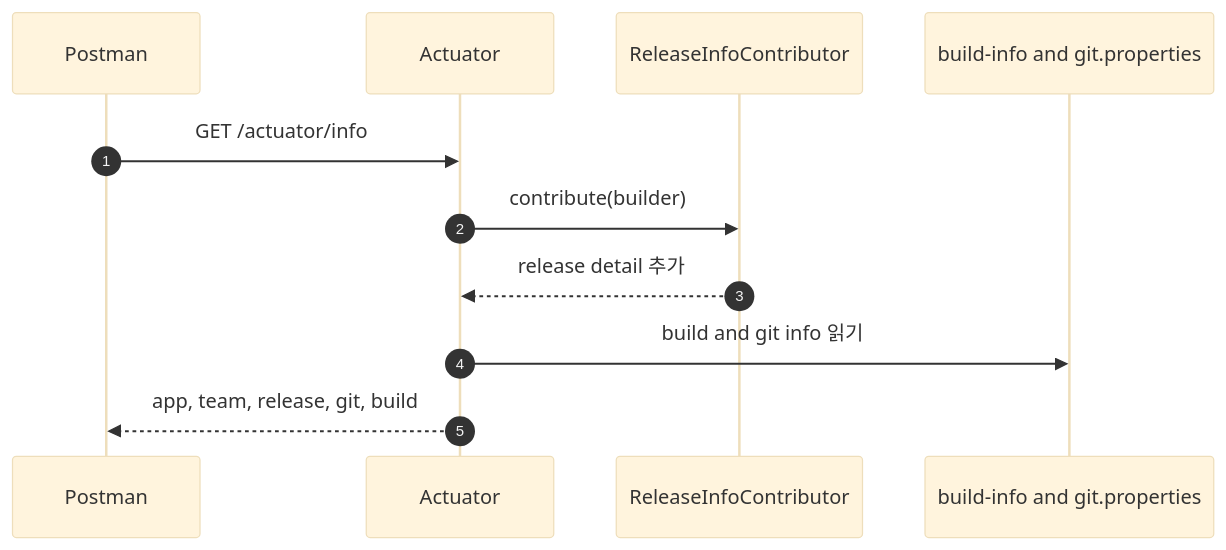
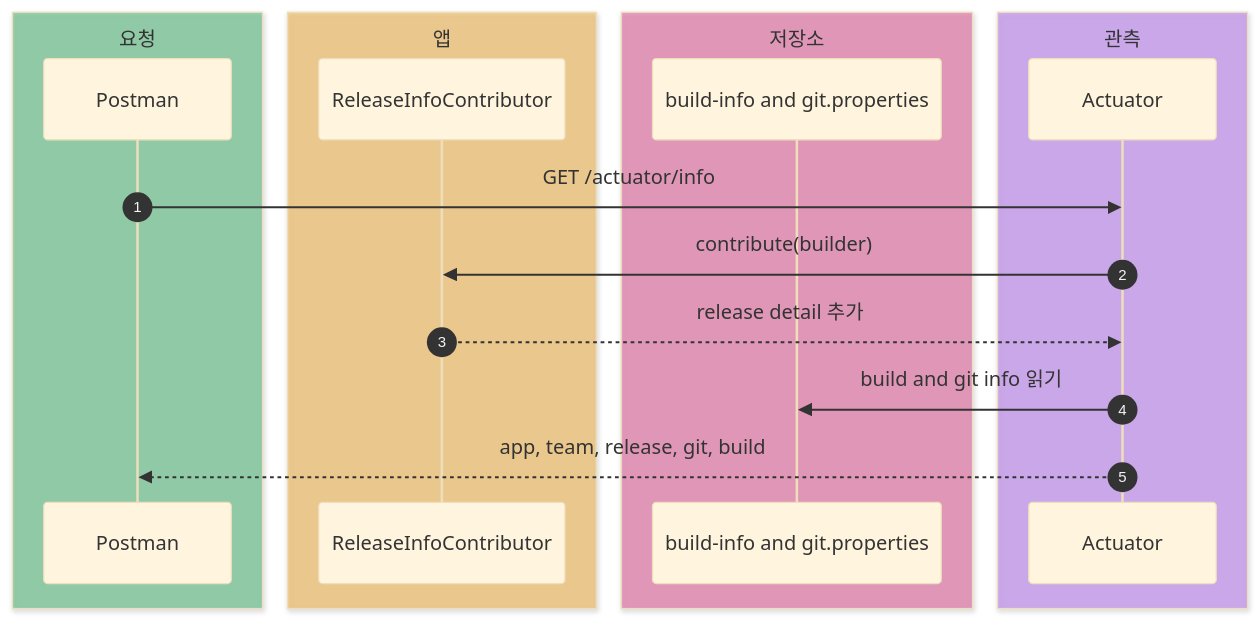
One commit to HJC96/deep-dive changed the third of 13 diagrams in labs/spring-boot-actuator/README.md. Above: the diagram before and after it, drawn with Mermaid (base theme). The commit also changed other lines of this file and 4 other files, not shown here.

````diff
--- a/labs/spring-boot-actuator/README.md
+++ b/labs/spring-boot-actuator/README.md
@@ -484,14 +499,26 @@
 ```mermaid
 sequenceDiagram
     autonumber
+
+    box rgba(22, 163, 74, 0.40) 요청
     participant Postman
+    end
+
+    box rgba(245, 158, 11, 0.40) 앱
+    participant Contributor as ReleaseInfoContributor
+    end
+
+    box rgba(219, 39, 119, 0.40) 저장소
+    participant Resources as build-info and git.properties
+    end
+
+    box rgba(147, 51, 234, 0.35) 관측
     participant Actuator
-    participant Contributor as ReleaseInfoContributor
-    participant Resources as build-info and git.properties
+    end
 
     Postman->>Actuator: GET /actuator/info
     Actuator->>Contributor: contribute(builder)
     Contributor-->>Actuator: release detail 추가
     Actuator->>Resources: build and git info 읽기
     Actuator-->>Postman: app, team, release, git, build
 ```
````
